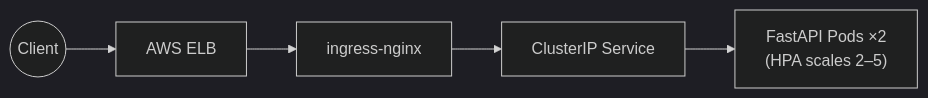
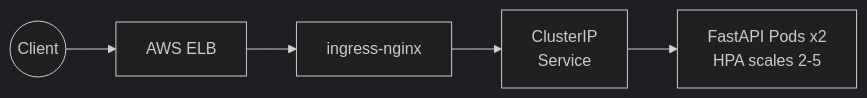
One commit to alexvidi/AWS-Cloud-Infrastructure-Kubernetes-Docker-Terraform-GitHubActions changed the first of 3 diagrams in README.md. Above: the diagram before and after it, drawn with Mermaid (dark theme). The commit also changed other lines of this file, not shown here.

Commit message:
restructered readme mermaid

````diff
--- a/README.md
+++ b/README.md
@@ -58,7 +58,7 @@
 ```mermaid
 flowchart LR
     client(("Client")) --> elb["AWS ELB"]
     elb --> ctrl["ingress-nginx"]
-    ctrl --> svc["ClusterIP Service"]
-    svc --> pod["FastAPI Pods ×2<br/>(HPA scales 2–5)"]
+    ctrl --> svc["ClusterIP<br/>Service"]
+    svc --> pod["FastAPI Pods x2<br/>HPA scales 2-5"]
 ```
````
